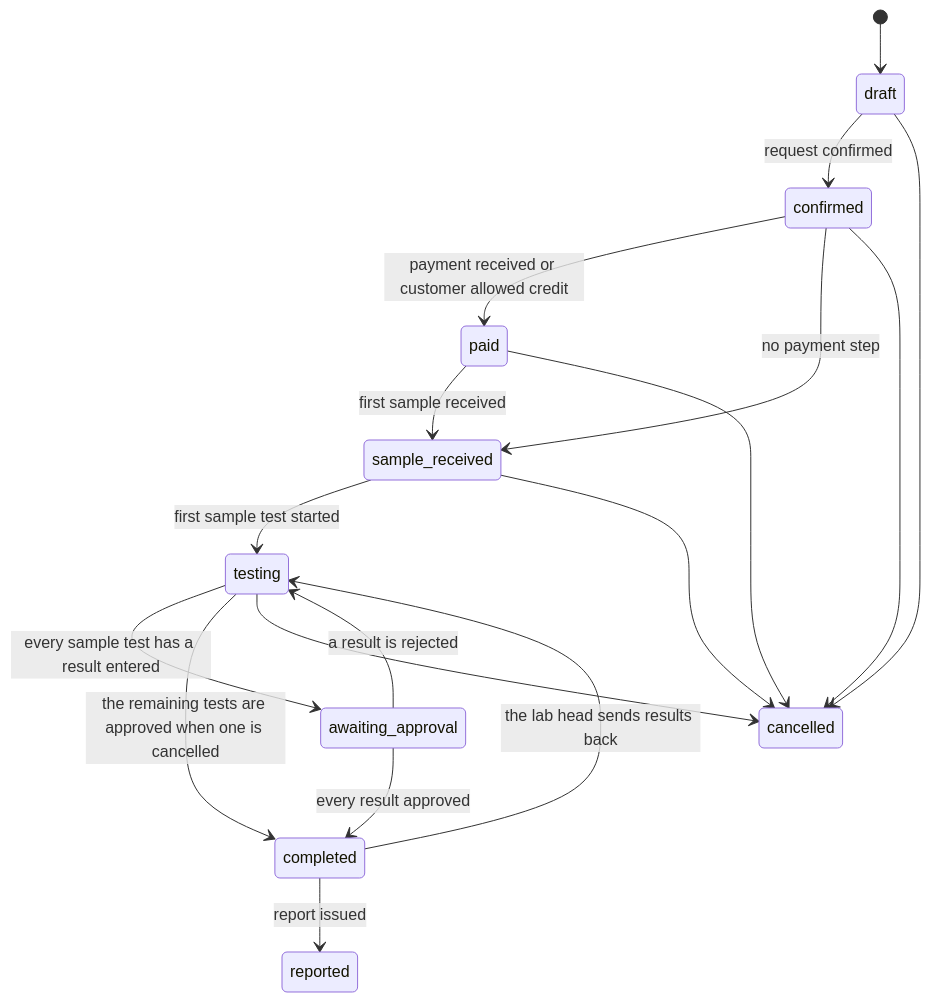
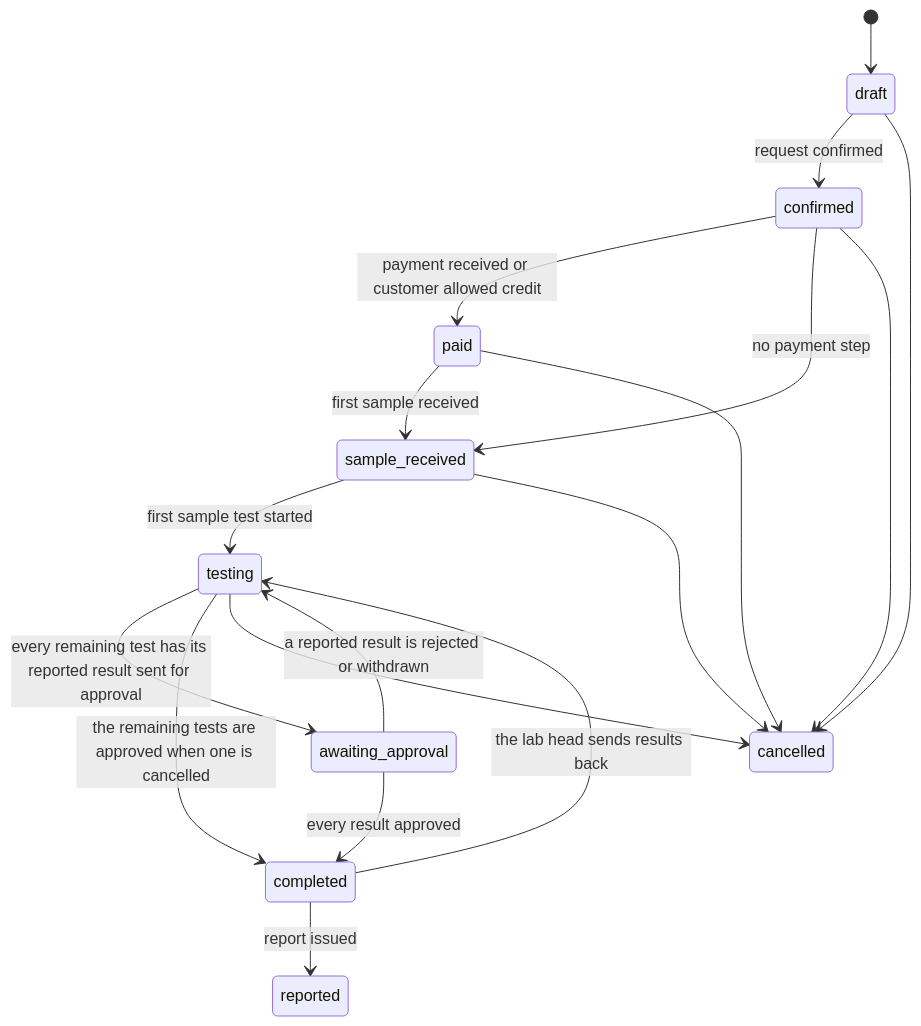
One commit to SoltuneMontepre/medilab changed the second of 9 diagrams in docs/functional/laboratory_module/overview.md. Above: the diagram before and after it, drawn with Mermaid. The commit also changed other lines of this file and 9 other files, not shown here.

````diff
--- a/docs/functional/laboratory_module/overview.md
+++ b/docs/functional/laboratory_module/overview.md
@@ -56,20 +56,20 @@
 ```mermaid
 stateDiagram-v2
     [*] --> draft
     draft --> confirmed: request confirmed
     confirmed --> paid: payment received or customer allowed credit
     confirmed --> sample_received: no payment step
     paid --> sample_received: first sample received
     sample_received --> testing: first sample test started
-    testing --> awaiting_approval: every sample test has a result entered
-    awaiting_approval --> testing: a result is rejected
+    testing --> awaiting_approval: every remaining test has its reported result sent for approval
+    awaiting_approval --> testing: a reported result is rejected or withdrawn
     awaiting_approval --> completed: every result approved
     testing --> completed: the remaining tests are approved when one is cancelled
     completed --> reported: report issued
     completed --> testing: the lab head sends results back
     draft --> cancelled
     confirmed --> cancelled
     paid --> cancelled
     sample_received --> cancelled
     testing --> cancelled
 ```
````
